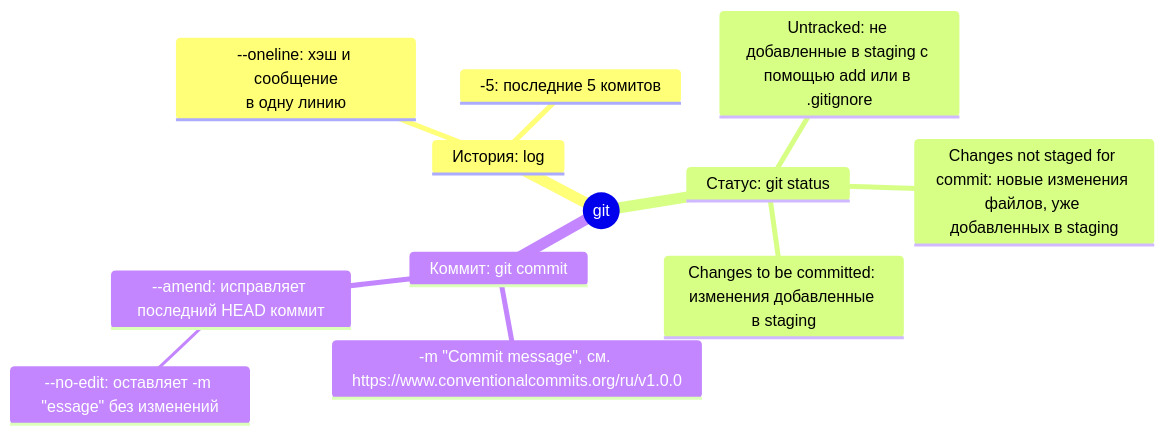
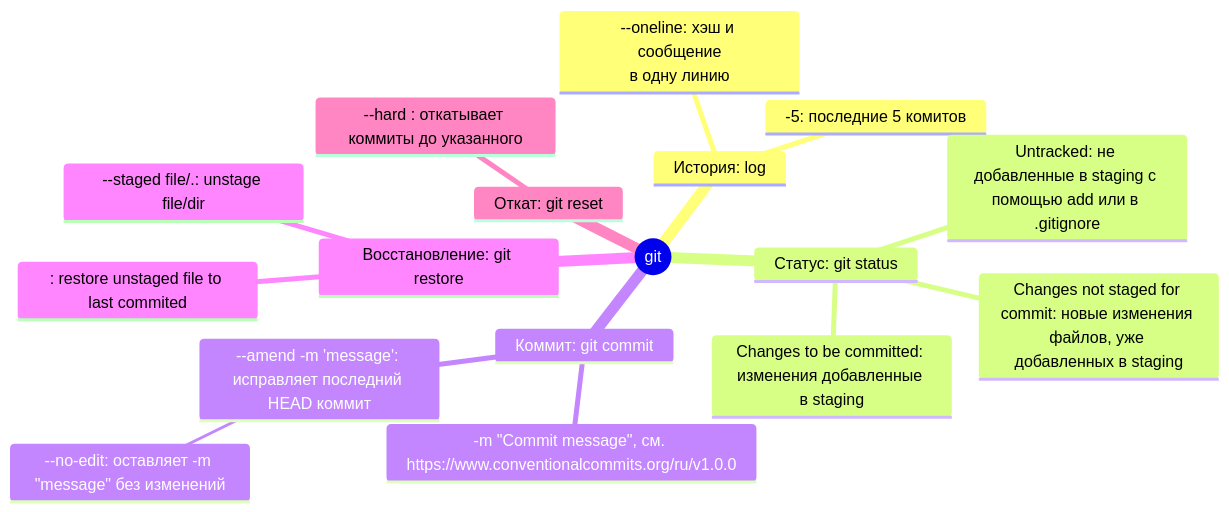
Before and after one commit to virtua10ne/wannabe_devops: the diagram in README.md, drawn with Mermaid. The commit also changed other lines of this file, not shown here.

Commit message:
Update: added some new git commands to README.md

````diff
--- a/README.md
+++ b/README.md
@@ -55,15 +67,21 @@
 ```mermaid
 mindmap
   root((git))
     История: log
       --oneline: хэш и сообщение<br/>в одну линию
       -5: последние 5 комитов
     Статус: git status
       Untracked: не добавленные в staging с помощью add или в .gitignore
       Changes not staged for commit: новые изменения файлов, уже добавленных в staging
       Changes to be committed: изменения добавленные в staging
     Коммит: git commit
       -m "Commit message", см. https://www.conventionalcommits.org/ru/v1.0.0
-      --amend: исправляет последний HEAD коммит
-        --no-edit: оставляет -m "essage" без изменений
+      --amend -m 'message': исправляет последний HEAD коммит
+        --no-edit: оставляет -m "message" без изменений
+    Восстановление: git restore
+      <file>: restore unstaged file to last commited
+      --staged file/.: unstage file/dir
+      
+    Откат: git reset
+      --hard <hash>: откатывает коммиты до указанного
 ```
````
